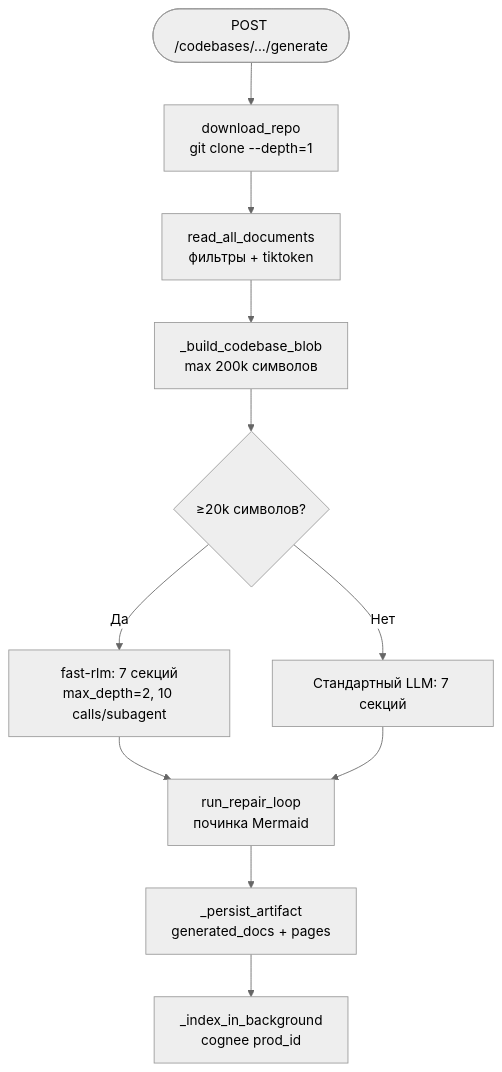
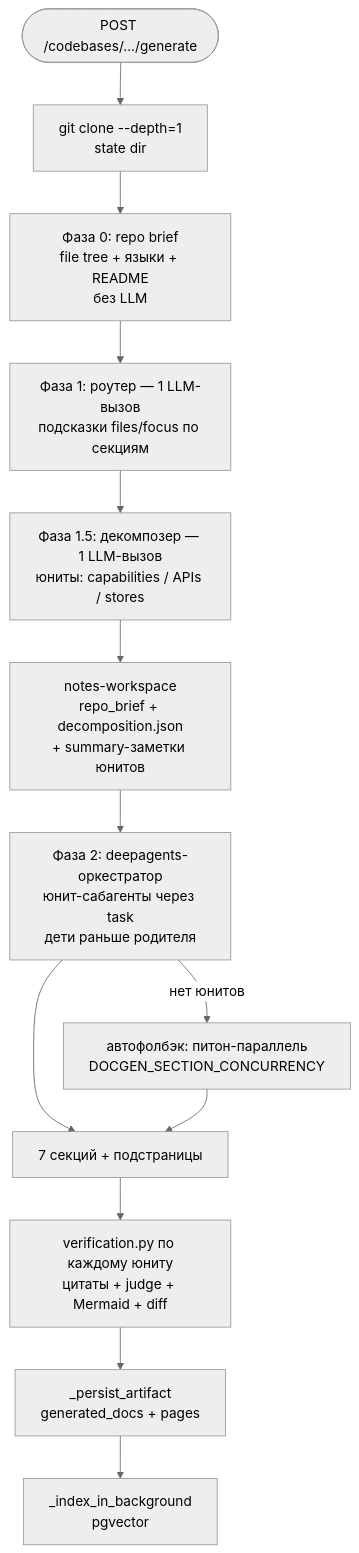
One commit to bocharoviliyav/productarium changed the second of 2 diagrams in README.ru.md. Above: the diagram before and after it, drawn with Mermaid (neutral theme). The commit also changed other lines of this file and 301 other files, not shown here.

````diff
--- a/README.ru.md
+++ b/README.ru.md
@@ -369,13 +371,15 @@
 ```mermaid
 flowchart TD
-  G([POST /codebases/.../generate]) --> CB[download_repo<br/>git clone --depth=1]
-  CB --> Read[read_all_documents<br/>фильтры + tiktoken]
-  Read --> Blob[_build_codebase_blob<br/>max 200k символов]
-  Blob --> Len{≥20k символов?}
-  Len -->|Да| RLM[fast-rlm: 7 секций<br/>max_depth=2, 10 calls/subagent]
-  Len -->|Нет| LLM[Стандартный LLM: 7 секций]
-  RLM --> Repair[run_repair_loop<br/>починка Mermaid]
-  LLM --> Repair
-  Repair --> Pers[_persist_artifact<br/>generated_docs + pages]
-  Pers --> Idx[_index_in_background<br/>cognee prod_id]
+  G([POST /codebases/.../generate]) --> CB[git clone --depth=1<br/>state dir]
+  CB --> Brief[Фаза 0: repo brief<br/>file tree + языки + README<br/>без LLM]
+  Brief --> Router[Фаза 1: роутер — 1 LLM-вызов<br/>подсказки files/focus по секциям]
+  Router --> Decomp[Фаза 1.5: декомпозер — 1 LLM-вызов<br/>юниты: capabilities / APIs / stores]
+  Decomp --> Notes[notes-workspace<br/>repo_brief + decomposition.json<br/>+ summary-заметки юнитов]
+  Notes --> Orch[Фаза 2: deepagents-оркестратор<br/>юнит-сабагенты через task<br/>дети раньше родителя]
+  Orch -->|нет юнитов| FB[автофолбэк: питон-параллель<br/>DOCGEN_SECTION_CONCURRENCY]
+  Orch --> Out[7 секций + подстраницы]
+  FB --> Out
+  Out --> Ver[verification.py по каждому юниту<br/>цитаты + judge + Mermaid + diff]
+  Ver --> Pers[_persist_artifact<br/>generated_docs + pages]
+  Pers --> Idx[_index_in_background<br/>pgvector]
 ```
````
